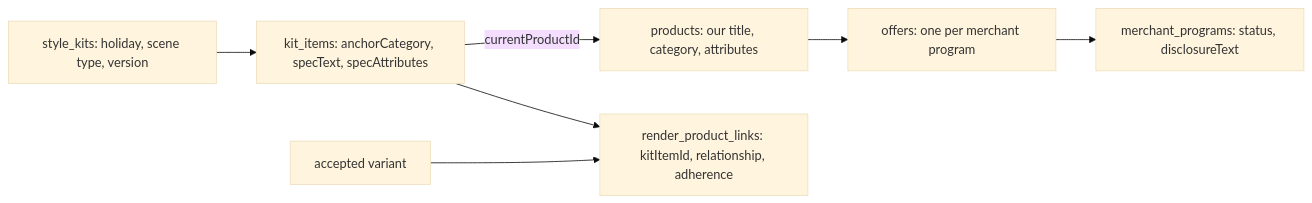
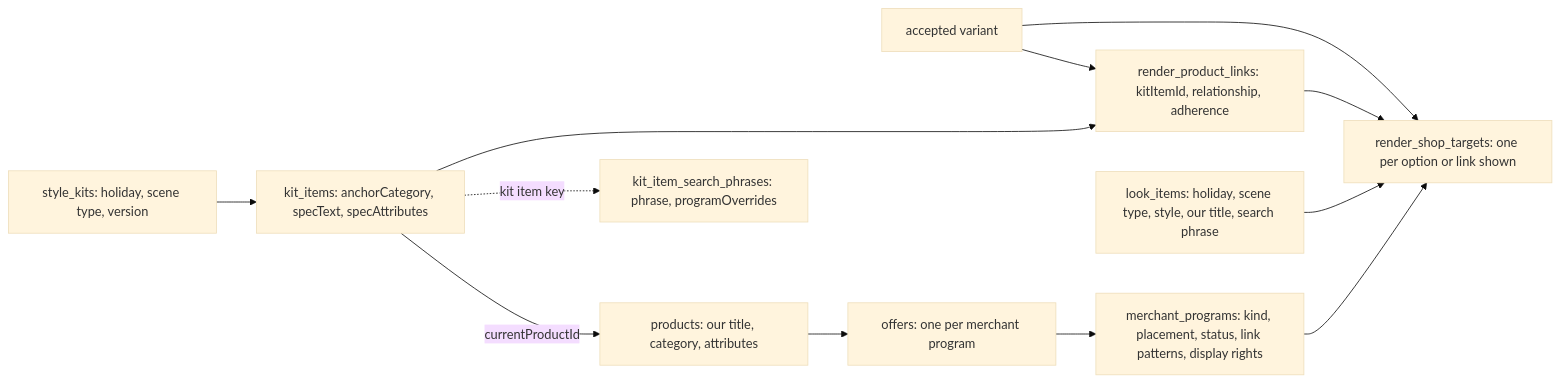
Before and after one commit to whatl3y/hailiday: the first of 2 diagrams in docs/specs/commerce.md, drawn with Mermaid (base theme). The commit also changed other lines of this file and 62 other files, not shown here.

````diff
--- a/docs/specs/commerce.md
+++ b/docs/specs/commerce.md
@@ -105,9 +132,15 @@
 ```mermaid
 flowchart LR
   K["style_kits: holiday, scene type, version"] --> KI["kit_items: anchorCategory, specText, specAttributes"]
   KI -->|currentProductId| P["products: our title, category, attributes"]
+  KI -.->|kit item key| SP["kit_item_search_phrases: phrase, programOverrides"]
+  LI["look_items: holiday, scene type, style, our title, search phrase"]
   P --> O["offers: one per merchant program"]
-  O --> MP["merchant_programs: status, disclosureText"]
+  O --> MP["merchant_programs: kind, placement, status, link patterns, display rights"]
   V["accepted variant"] --> RPL["render_product_links: kitItemId, relationship, adherence"]
   KI --> RPL
+  V --> RST["render_shop_targets: one per option or link shown"]
+  RPL --> RST
+  LI --> RST
+  MP --> RST
 ```
````
